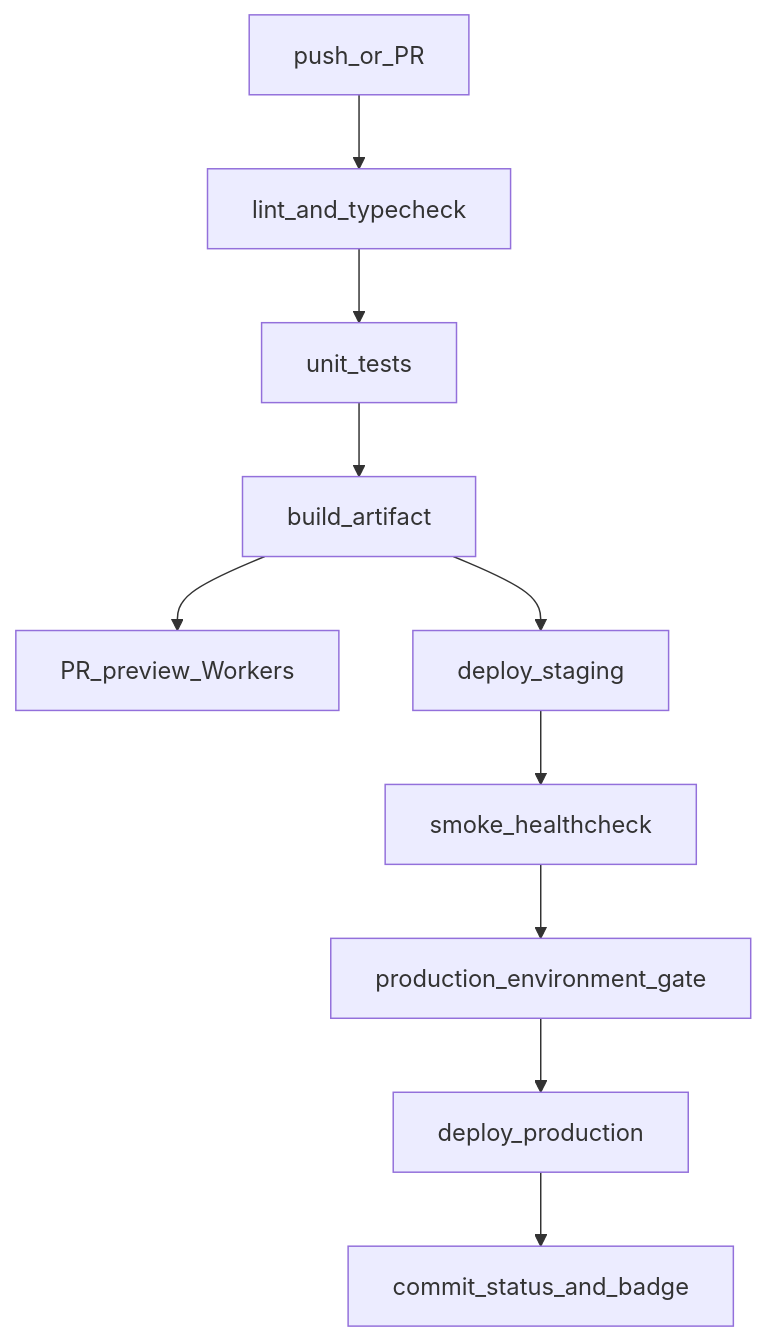
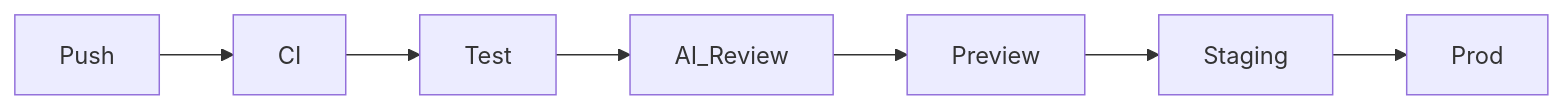
One commit to dangalasse/pipeline-pulse changed the diagram in README.md. Above: the diagram before and after it, drawn with Mermaid. The commit also changed other lines of this file and 17 other files, not shown here.

````diff
--- a/README.md
+++ b/README.md
@@ -19,12 +26,9 @@
 ```mermaid
-flowchart TD
-  push[push_or_PR] --> lint[lint_and_typecheck]
-  lint --> test[unit_tests]
-  test --> build[build_artifact]
-  build --> previewJob[PR_preview_Workers]
-  build --> staging[deploy_staging]
-  staging --> smoke[smoke_healthcheck]
-  smoke --> prodGate[production_environment_gate]
-  prodGate --> prod[deploy_production]
-  prod --> notify[commit_status_and_badge]
+flowchart LR
+  push[Push] --> ci[CI]
+  ci --> test[Test]
+  test --> ai[AI_Review]
+  ai --> preview[Preview]
+  preview --> staging[Staging]
+  staging --> prod[Prod]
 ```
````
